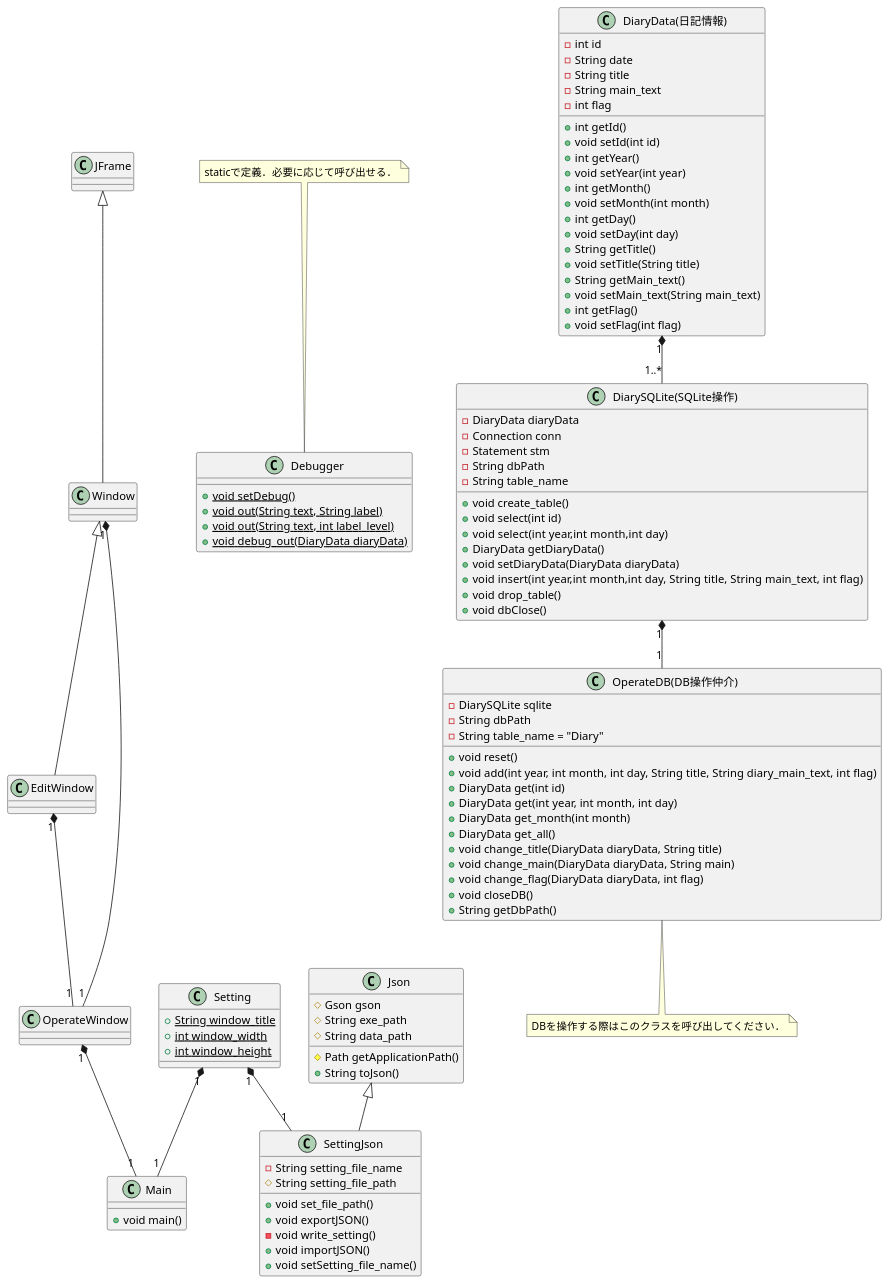
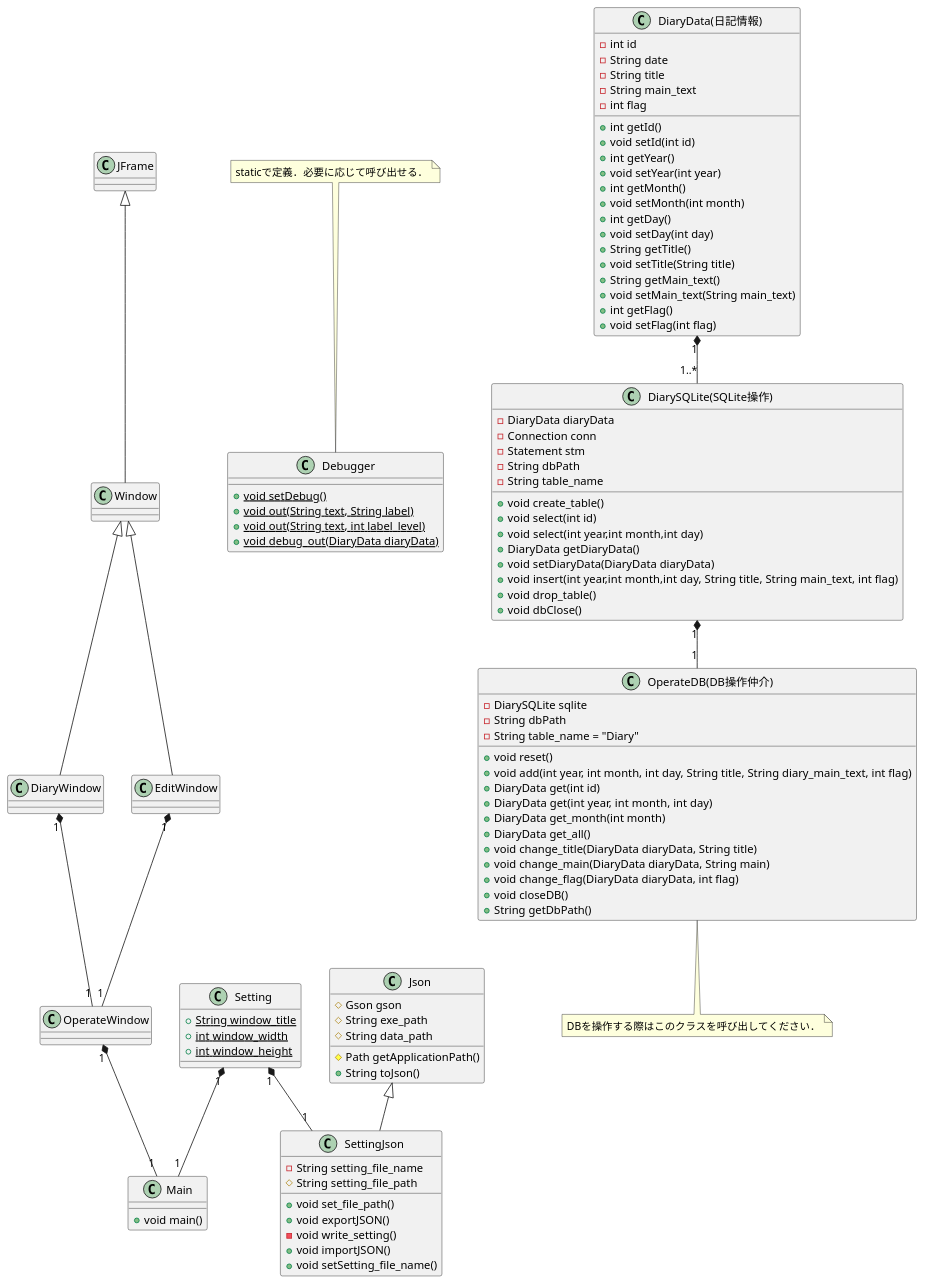
Before and after one commit to parsecmonkey/diary: the diagram in UML/class.pu, drawn with PlantUML. The commit also changed 5 other files, not shown here.

```diff
--- a/UML/class.pu
+++ b/UML/class.pu
@@ -1,133 +1,139 @@
 @startuml
 ' クラス定義
 class Main {
     + void main()
 }
 
 class JFrame{
 }
 
-class Window {
+class Window{
+
+}
+
+class DiaryWindow {
+
 }
 
 class EditWindow {
 }
 
 class OperateWindow {
 }
 
 class Json {
     # Gson gson
     # String exe_path
     # String data_path
     # Path getApplicationPath()
     + String toJson()
 }
 
 class Setting {
     {static}+ String window_title
     {static}+ int window_width
     {static}+ int window_height
 }
 
 class SettingJson {    
     - String setting_file_name
     # String setting_file_path
     + void set_file_path()
     + void exportJSON()
     - void write_setting()
     + void importJSON()
     + void setSetting_file_name()
 }
 
 class Debugger{
     {static}+ void setDebug()
     {static}+ void out(String text, String label)
     {static}+ void out(String text, int label_level)
     {static}+ void debug_out(DiaryData diaryData)
 }
 
 note top of Debugger
      staticで定義．必要に応じて呼び出せる．
 end note
 
 
 ' DB関連
 
 class "DiarySQLite(SQLite操作)" as DiarySQLite{
     - DiaryData diaryData
     - Connection conn
     - Statement stm
     - String dbPath
     - String table_name
 
     + void create_table() 
     + void select(int id)
     + void select(int year,int month,int day)
     + DiaryData getDiaryData()
     + void setDiaryData(DiaryData diaryData)
     + void insert(int year,int month,int day, String title, String main_text, int flag)
     + void drop_table()
     + void dbClose()
 }
 
 class "DiaryData(日記情報)" as DiaryData{
     - int id
     - String date
     - String title
     - String main_text
     - int flag
 
     + int getId()
     + void setId(int id)
     + int getYear()
     + void setYear(int year)
     + int getMonth()
     + void setMonth(int month)
     + int getDay()
     + void setDay(int day)
     + String getTitle()
     + void setTitle(String title)
     + String getMain_text()
     + void setMain_text(String main_text)
     + int getFlag()
     + void setFlag(int flag) 
 }
 
 class "OperateDB(DB操作仲介)" as OperateDB{
     - DiarySQLite sqlite
     - String dbPath
     - String table_name = "Diary"
 
     + void reset()
     + void add(int year, int month, int day, String title, String diary_main_text, int flag)
     + DiaryData get(int id)
     + DiaryData get(int year, int month, int day)
     + DiaryData get_month(int month) 
     + DiaryData get_all()
     + void change_title(DiaryData diaryData, String title)
     + void change_main(DiaryData diaryData, String main)
     + void change_flag(DiaryData diaryData, int flag)
     + void closeDB()
     + String getDbPath()
 }
 
 note bottom of OperateDB
     DBを操作する際はこのクラスを呼び出してください．
 end note
 
 
 
 ' 関係
 ' Json <|-- SettingJson : 継承
 Json <|-- SettingJson
 JFrame <|-- Window
-Window "1" *-- "1" OperateWindow
+Window <|-- DiaryWindow
 Window <|-- EditWindow
+DiaryWindow "1" *-- "1" OperateWindow
 EditWindow "1" *-- "1" OperateWindow
 OperateWindow "1" *-- "1" Main
 Setting "1" *-- "1" SettingJson
 Setting "1" *-- "1" Main
 DiaryData "1" *-- "1..*" DiarySQLite
 DiarySQLite "1" *-- "1" OperateDB
 @enduml
```
